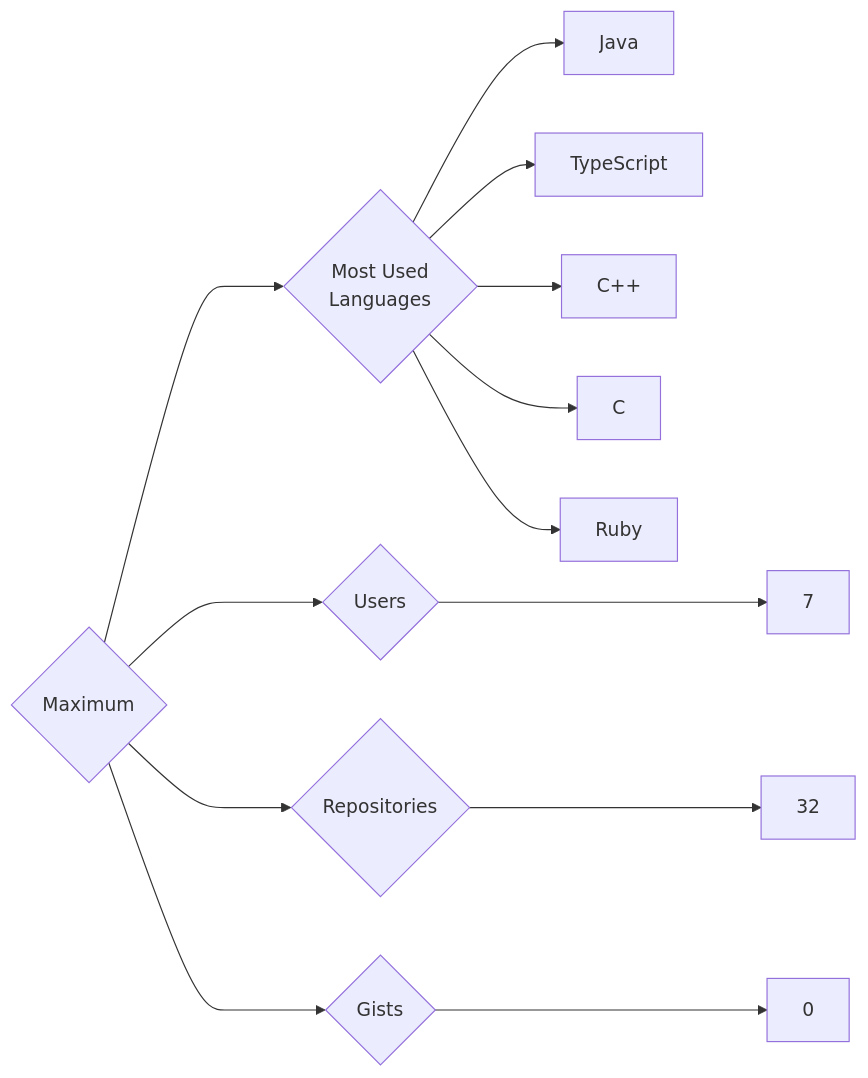
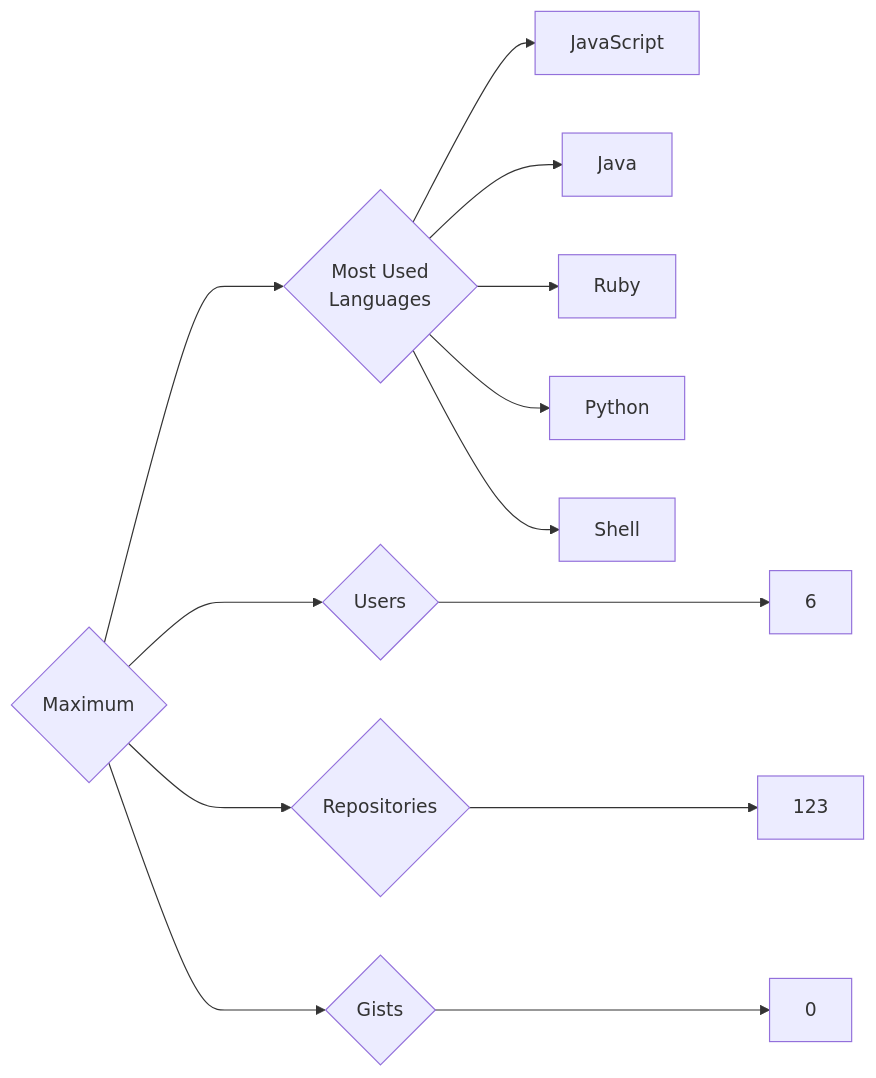
One commit to trickest/insiders changed the diagram in targets/Maximum/README.md. Above: the diagram before and after it, drawn with Mermaid. The commit also changed 932 other files, not shown here.

````diff
--- a/targets/Maximum/README.md
+++ b/targets/Maximum/README.md
@@ -3,13 +3,13 @@
 ```mermaid
 graph LR
 COMPANY_NAME{Maximum}
-COMPANY_NAME ---> U{Users} ---> UN[7]
-COMPANY_NAME ---> R{Repositories} ---> RN[32]
+COMPANY_NAME ---> U{Users} ---> UN[6]
+COMPANY_NAME ---> R{Repositories} ---> RN[123]
 COMPANY_NAME ---> G{Gists} ---> GN[0]
 COMPANY_NAME ---> ML{Most Used<br>Languages}
+ML --> JavaScript[JavaScript]
 ML --> Java[Java]
-ML --> TypeScript[TypeScript]
-ML --> C++[C++]
-ML --> C[C]
 ML --> Ruby[Ruby]
+ML --> Python[Python]
+ML --> Shell[Shell]
 ```
````
